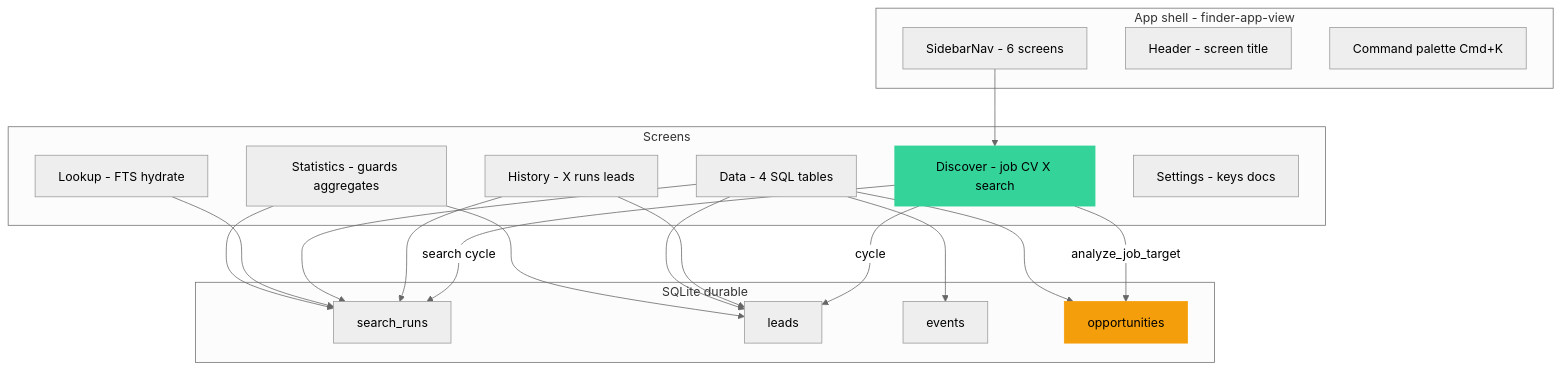
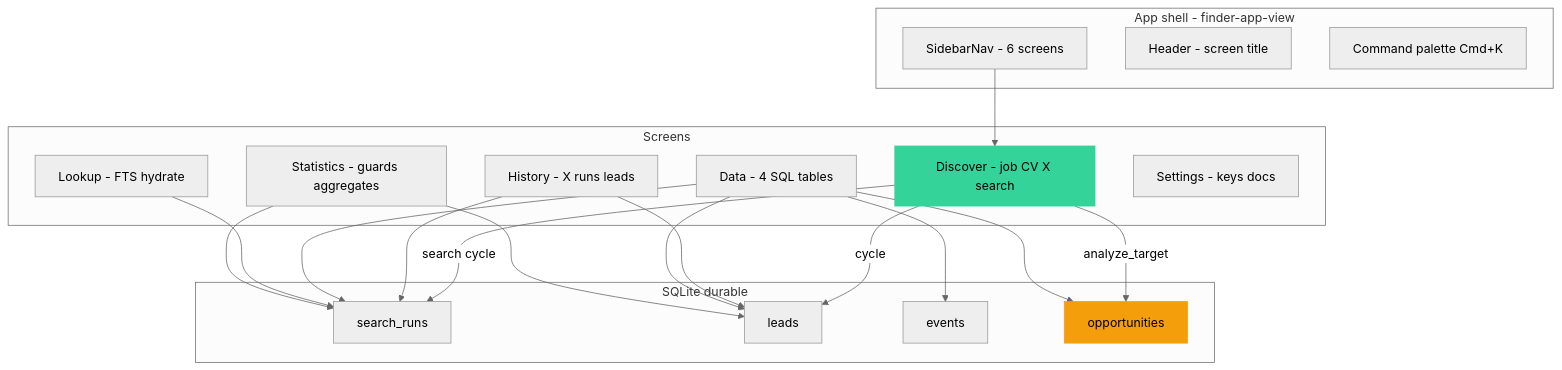
The first of 6 diagrams in reports/ux-review-v0.1-dogfood.md (p10ns11y/collab-finder), drawn with Mermaid (neutral theme) before and after one commit. The commit also changed other lines of this file and 31 other files, not shown here.

First line of the commit message:
chore: deepest clean of legacy terminology (Job/JobTarget -> Opportunity/Target, Hunt -> Xplore)

````diff
--- a/reports/ux-review-v0.1-dogfood.md
+++ b/reports/ux-review-v0.1-dogfood.md
@@ -59,41 +59,41 @@
 ```mermaid
 flowchart TB
   subgraph Shell["App shell - finder-app-view"]
     SB[SidebarNav - 6 screens]
     HDR[Header - screen title]
     PAL["Command palette Cmd+K"]
   end
 
   subgraph Screens
     DISC["Discover - job CV X search"]
     STATS["Statistics - guards aggregates"]
     HIST["History - X runs leads"]
     DATA["Data - 4 SQL tables"]
     LOOK["Lookup - FTS hydrate"]
     SET["Settings - keys docs"]
   end
 
   subgraph SQLite["SQLite durable"]
     SR[search_runs]
     LD[leads]
     EV[events]
     OP[opportunities]
   end
 
   SB --> DISC
-  DISC -->|analyze_job_target| OP
+  DISC -->|analyze_target| OP
   DISC -->|search cycle| SR
   DISC -->|cycle| LD
   HIST --> SR
   HIST --> LD
   DATA --> SR
   DATA --> LD
   DATA --> EV
   DATA --> OP
   LOOK --> SR
   STATS --> SR
   STATS --> LD
 
   style OP fill:#f59e0b,stroke:#f59e0b,color:#000
   style DISC fill:#34d399,stroke:#34d399,color:#000
 ```
````
